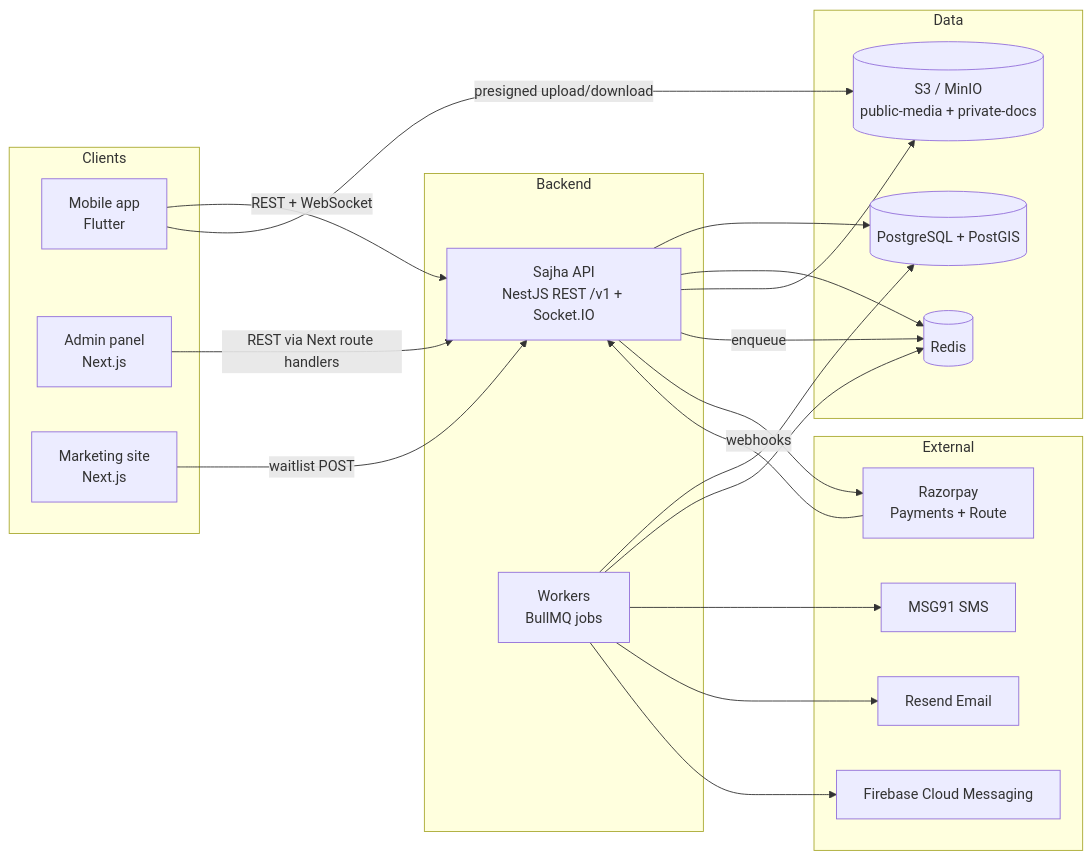
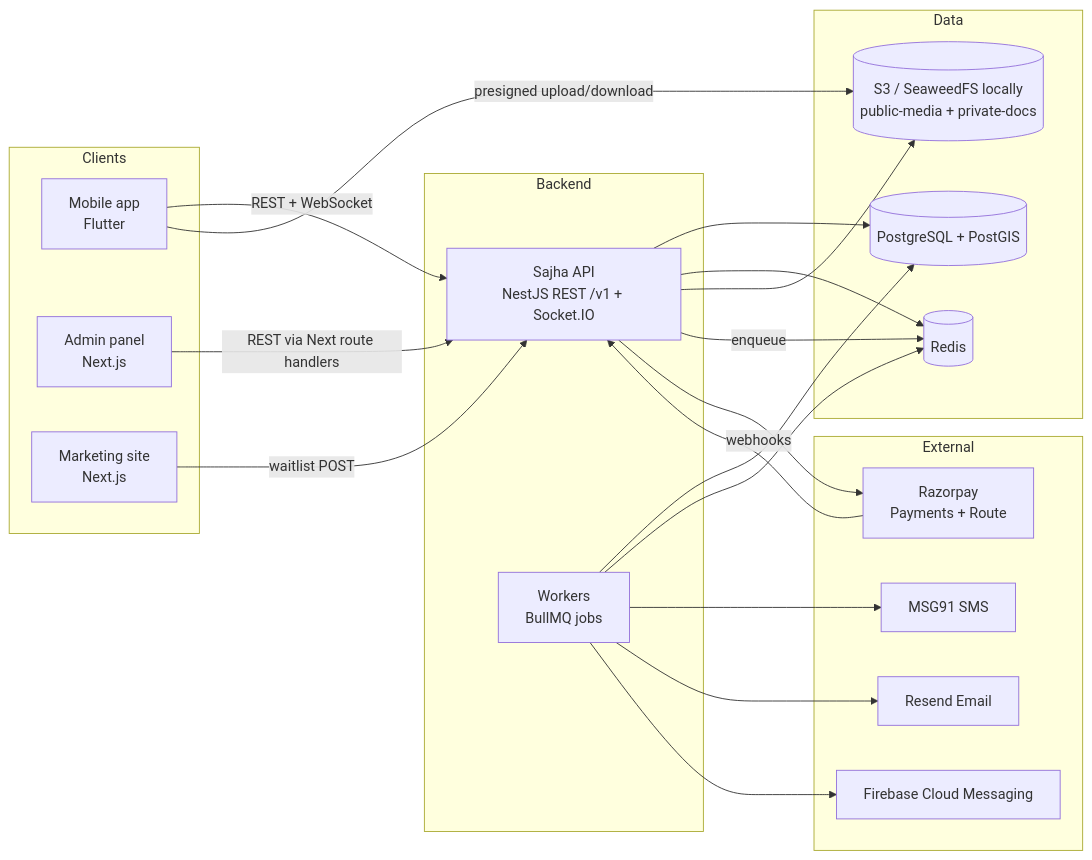
One commit to Jitesh60/nivra changed the first of 7 diagrams in docs/ARCHITECTURE.md. Above: the diagram before and after it, drawn with Mermaid. The commit also changed other lines of this file and 177 other files, not shown here.

````diff
--- a/docs/ARCHITECTURE.md
+++ b/docs/ARCHITECTURE.md
@@ -9,42 +9,42 @@
 ```mermaid
 flowchart LR
   subgraph Clients
     M[Mobile app<br/>Flutter]
     A[Admin panel<br/>Next.js]
     W[Marketing site<br/>Next.js]
   end
 
   subgraph Backend
     API[Sajha API<br/>NestJS REST /v1 + Socket.IO]
     WK[Workers<br/>BullMQ jobs]
   end
 
   subgraph Data
     PG[(PostgreSQL + PostGIS)]
     RD[(Redis)]
-    S3[(S3 / MinIO<br/>public-media + private-docs)]
+    S3[(S3 / SeaweedFS locally<br/>public-media + private-docs)]
   end
 
   subgraph External
     RZ[Razorpay<br/>Payments + Route]
     SMS[MSG91 SMS]
     EM[Resend Email]
     FCM[Firebase Cloud Messaging]
   end
 
   M -- REST + WebSocket --> API
   A -- REST via Next route handlers --> API
   W -- waitlist POST --> API
   API --> PG
   API --> RD
   API --> S3
   WK --> PG
   WK --> RD
   API -- enqueue --> RD
   API --> RZ
   RZ -- webhooks --> API
   WK --> SMS
   WK --> EM
   WK --> FCM
   M -- presigned upload/download --> S3
 ```
````
